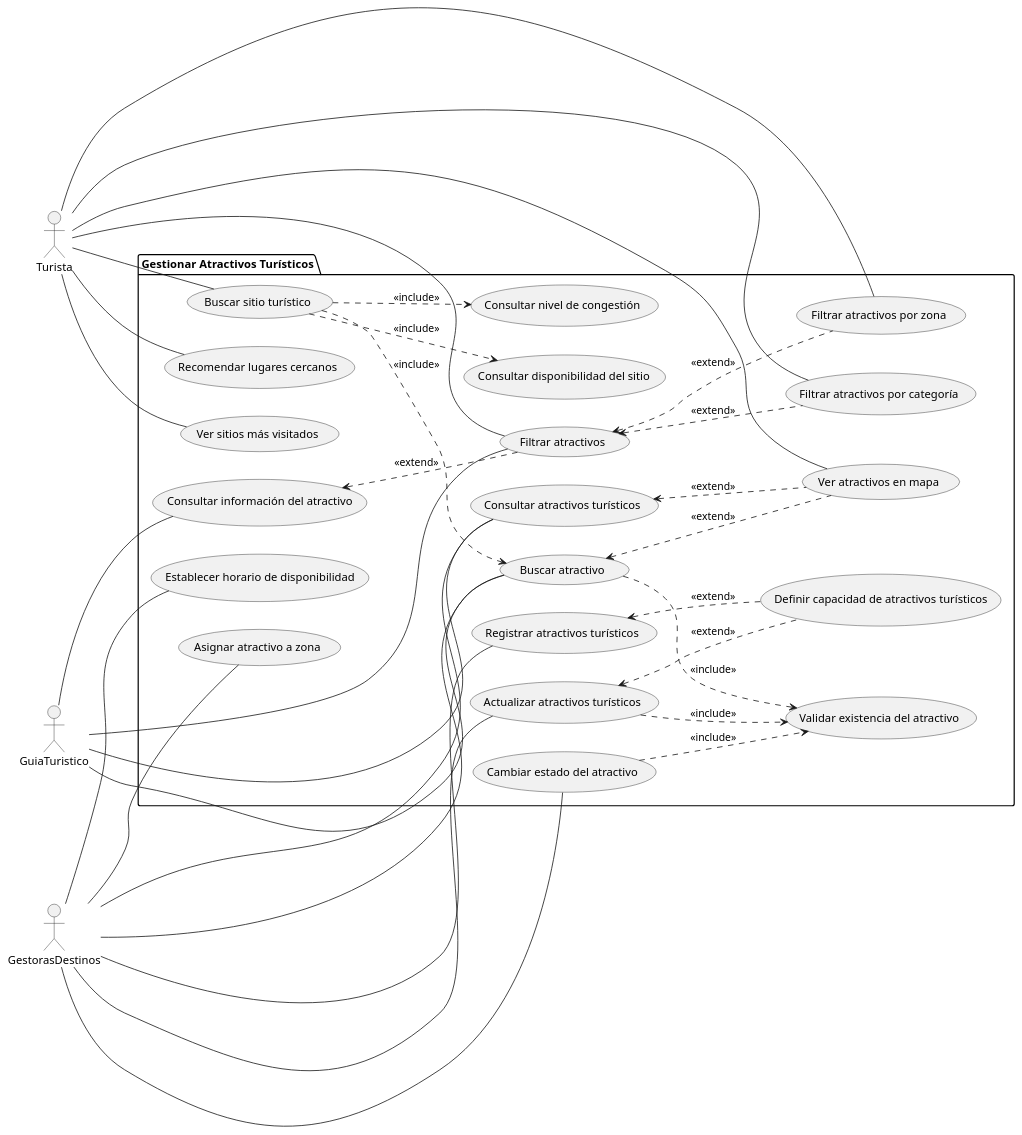
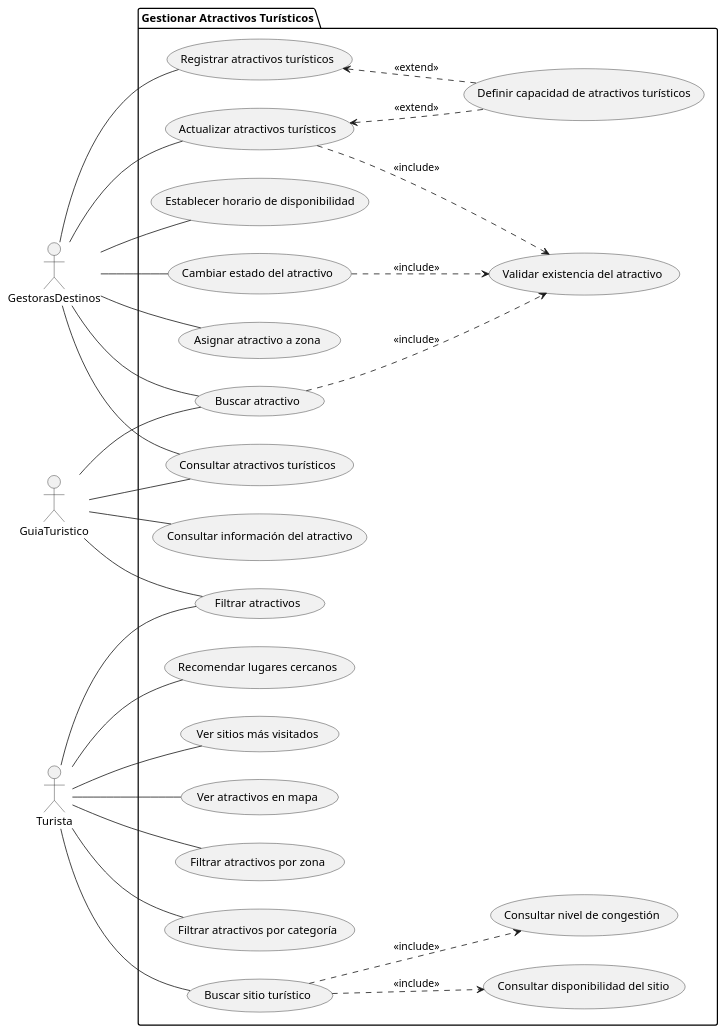
Before and after one commit to LJSaumeth/SM-Xplore-Proto: the diagram in docs/modelos/uc-lvl-1/gestionar-atractivos/diagrama.puml, drawn with PlantUML. The commit also changed 1 other file, not shown here.

Commit message:
Fix actor links in use case diagrams

```diff
--- a/docs/modelos/uc-lvl-1/gestionar-atractivos/diagrama.puml
+++ b/docs/modelos/uc-lvl-1/gestionar-atractivos/diagrama.puml
@@ -1,63 +1,57 @@
 @startuml
 left to right direction
 
 actor GestorasDestinos as GES_Actor
 actor GuiaTuristico as GUI_Actor
 actor Turista as TUR_Actor
 
 package "Gestionar Atractivos Turísticos" {
     usecase "Registrar atractivos turísticos" as GES_UC_registrar
     usecase "Actualizar atractivos turísticos" as GES_UC_actualizar
     usecase "Establecer horario de disponibilidad" as GES_UC_horario
     usecase "Buscar atractivo" as UC_buscar
     usecase "Consultar atractivos turísticos" as UC_consultar
     usecase "Cambiar estado del atractivo" as GES_UC_estado
     usecase "Asignar atractivo a zona" as GES_UC_zona
     usecase "Definir capacidad de atractivos turísticos" as GES_UC_capacidad
     usecase "Ver atractivos en mapa" as UC_mapa
     usecase "Validar existencia del atractivo" as UC_validar
     usecase "Consultar información del atractivo" as GUI_UC_info
     usecase "Filtrar atractivos" as UC_filtrar
     usecase "Filtrar atractivos por zona" as TUR_UC_zona
     usecase "Filtrar atractivos por categoría" as TUR_UC_categoria
     usecase "Buscar sitio turístico" as TUR_UC_buscar
     usecase "Recomendar lugares cercanos" as TUR_UC_recomendar
     usecase "Consultar disponibilidad del sitio" as TUR_UC_disponibilidad
     usecase "Consultar nivel de congestión" as TUR_UC_congestion
     usecase "Ver sitios más visitados" as TUR_UC_populares
 }
 
 GES_Actor -- GES_UC_registrar
 GES_Actor -- GES_UC_actualizar
 GES_Actor -- GES_UC_horario
 GES_Actor -- UC_buscar
 GES_Actor -- UC_consultar
 GES_Actor -- GES_UC_estado
 GES_Actor -- GES_UC_zona
 GUI_Actor -- UC_consultar
 GUI_Actor -- GUI_UC_info
 GUI_Actor -- UC_buscar
 GUI_Actor -- UC_filtrar
 TUR_Actor -- TUR_UC_buscar
 TUR_Actor -- TUR_UC_recomendar
 TUR_Actor -- TUR_UC_populares
 TUR_Actor -- UC_mapa
 TUR_Actor -- UC_filtrar
 TUR_Actor -- TUR_UC_zona
 TUR_Actor -- TUR_UC_categoria
 
 GES_UC_actualizar ..> UC_validar : <<include>>
 UC_buscar ..> UC_validar : <<include>>
 GES_UC_estado ..> UC_validar : <<include>>
 GES_UC_registrar <.. GES_UC_capacidad : <<extend>>
 GES_UC_actualizar <.. GES_UC_capacidad : <<extend>>
-UC_buscar <.. UC_mapa : <<extend>>
-UC_consultar <.. UC_mapa : <<extend>>
-GUI_UC_info <.. UC_filtrar : <<extend>>
-UC_filtrar <.. TUR_UC_zona : <<extend>>
-UC_filtrar <.. TUR_UC_categoria : <<extend>>
-TUR_UC_buscar ..> UC_buscar : <<include>>
 TUR_UC_buscar ..> TUR_UC_disponibilidad : <<include>>
 TUR_UC_buscar ..> TUR_UC_congestion : <<include>>
 
 @enduml
```
